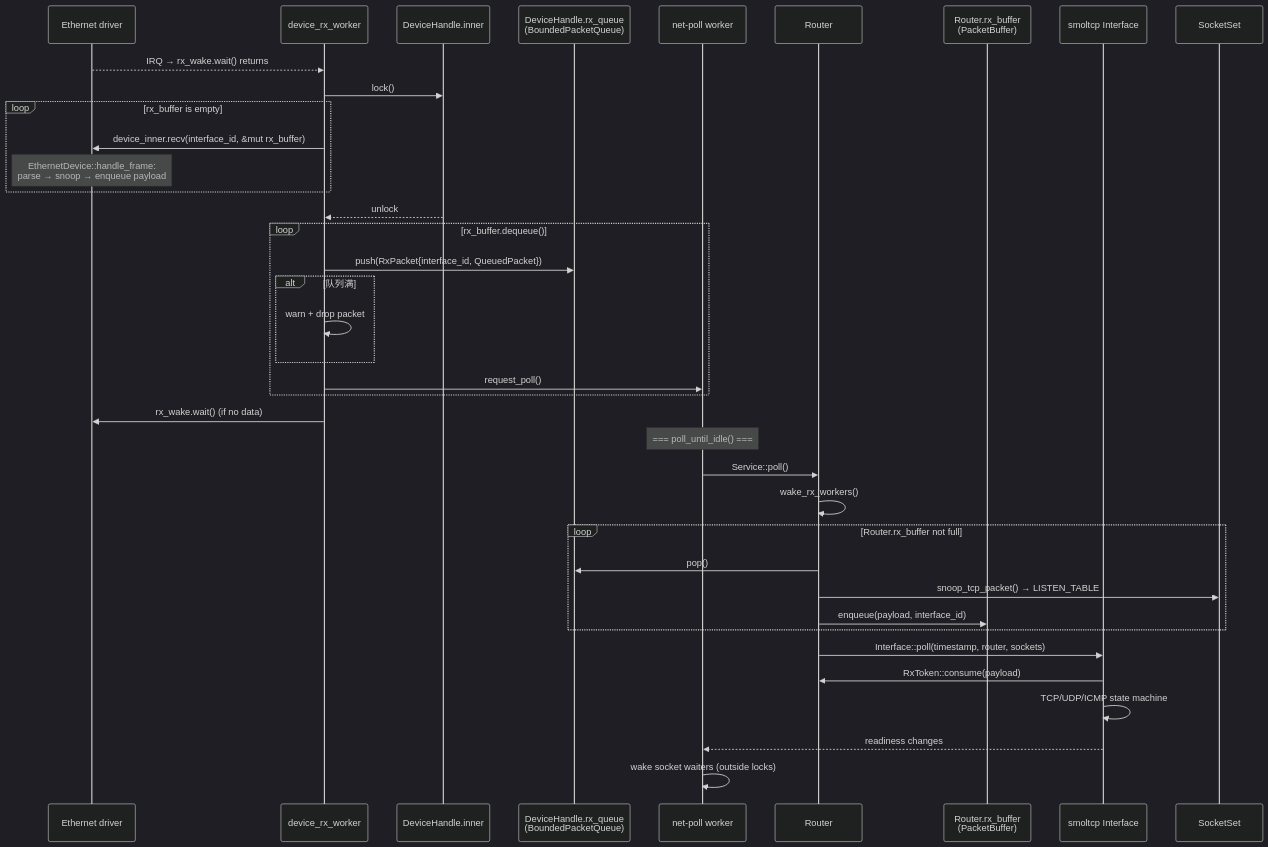
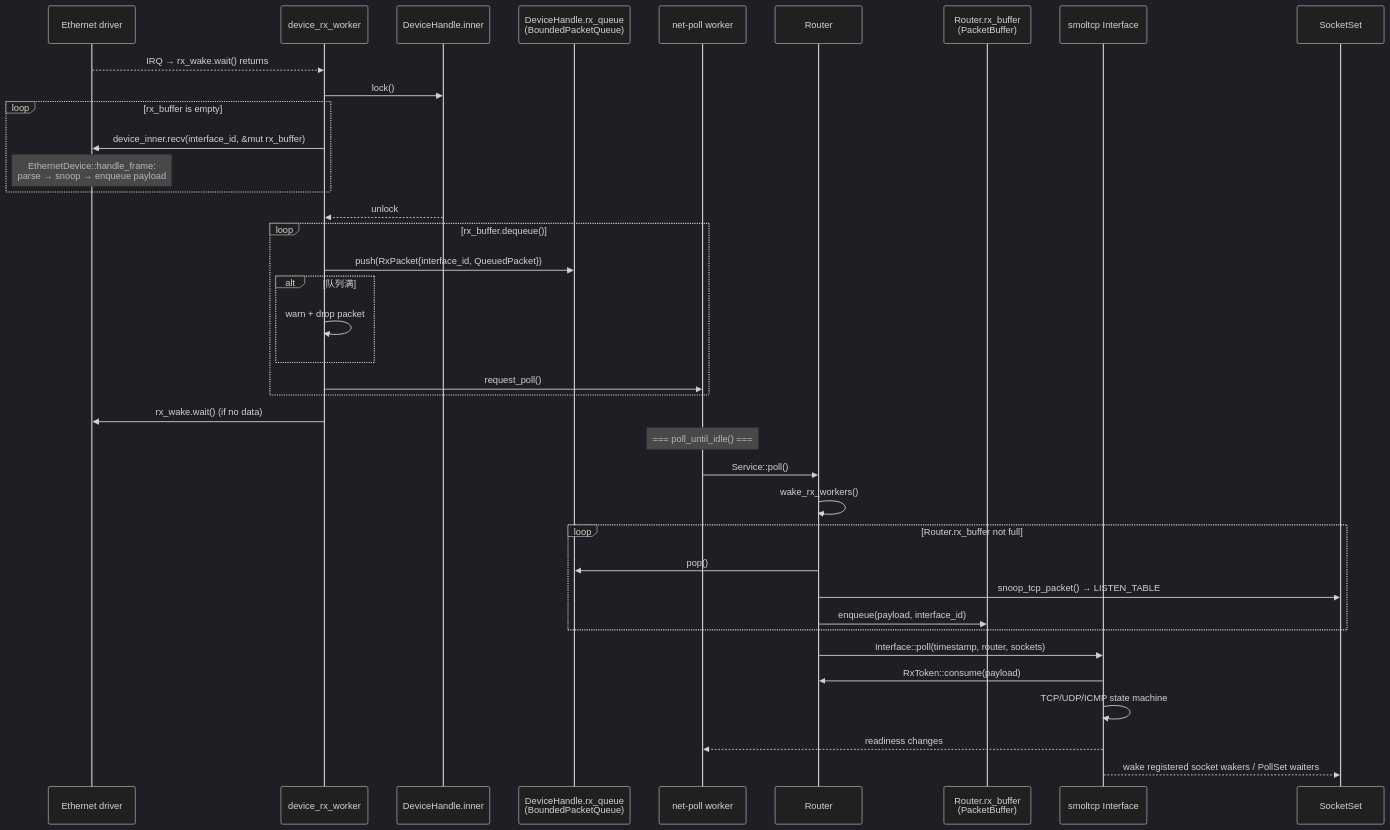
Before and after one commit to rcore-os/tgoskits: the second of 9 diagrams in docs/docs/architecture/net/flows.md, drawn with Mermaid (dark theme). The commit also changed other lines of this file and 9 other files, not shown here.

````diff
--- a/docs/docs/architecture/net/flows.md
+++ b/docs/docs/architecture/net/flows.md
@@ -150,41 +150,41 @@
 ```mermaid
 sequenceDiagram
     participant Dev as Ethernet driver
     participant RxW as device_rx_worker
     participant DevLock as DeviceHandle.inner
     participant RxQ as DeviceHandle.rx_queue<br/>(BoundedPacketQueue)
     participant PollW as net-poll worker
     participant Router as Router
     participant RouterRx as Router.rx_buffer<br/>(PacketBuffer)
     participant Smol as smoltcp Interface
     participant Sock as SocketSet
 
     Dev-->>RxW: IRQ → rx_wake.wait() returns
     RxW->>DevLock: lock()
     loop rx_buffer is empty
         RxW->>Dev: device_inner.recv(interface_id, &mut rx_buffer)
         Note over Dev: EthernetDevice::handle_frame:<br/>parse → snoop → enqueue payload
     end
     DevLock-->>RxW: unlock
     loop rx_buffer.dequeue()
         RxW->>RxQ: push(RxPacket{interface_id, QueuedPacket})
         alt 队列满
             RxW->>RxW: warn + drop packet
         end
         RxW->>PollW: request_poll()
     end
     RxW->>Dev: rx_wake.wait() (if no data)
     Note over PollW: === poll_until_idle() ===
     PollW->>Router: Service::poll()
     Router->>Router: wake_rx_workers()
     loop Router.rx_buffer not full
         Router->>RxQ: pop()
         Router->>Sock: snoop_tcp_packet() → LISTEN_TABLE
         Router->>RouterRx: enqueue(payload, interface_id)
     end
     Router->>Smol: Interface::poll(timestamp, router, sockets)
     Smol->>Router: RxToken::consume(payload)
     Smol->>Smol: TCP/UDP/ICMP state machine
     Smol-->>PollW: readiness changes
-    PollW->>PollW: wake socket waiters (outside locks)
+    Smol-->>Sock: wake registered socket wakers / PollSet waiters
 ```
````
